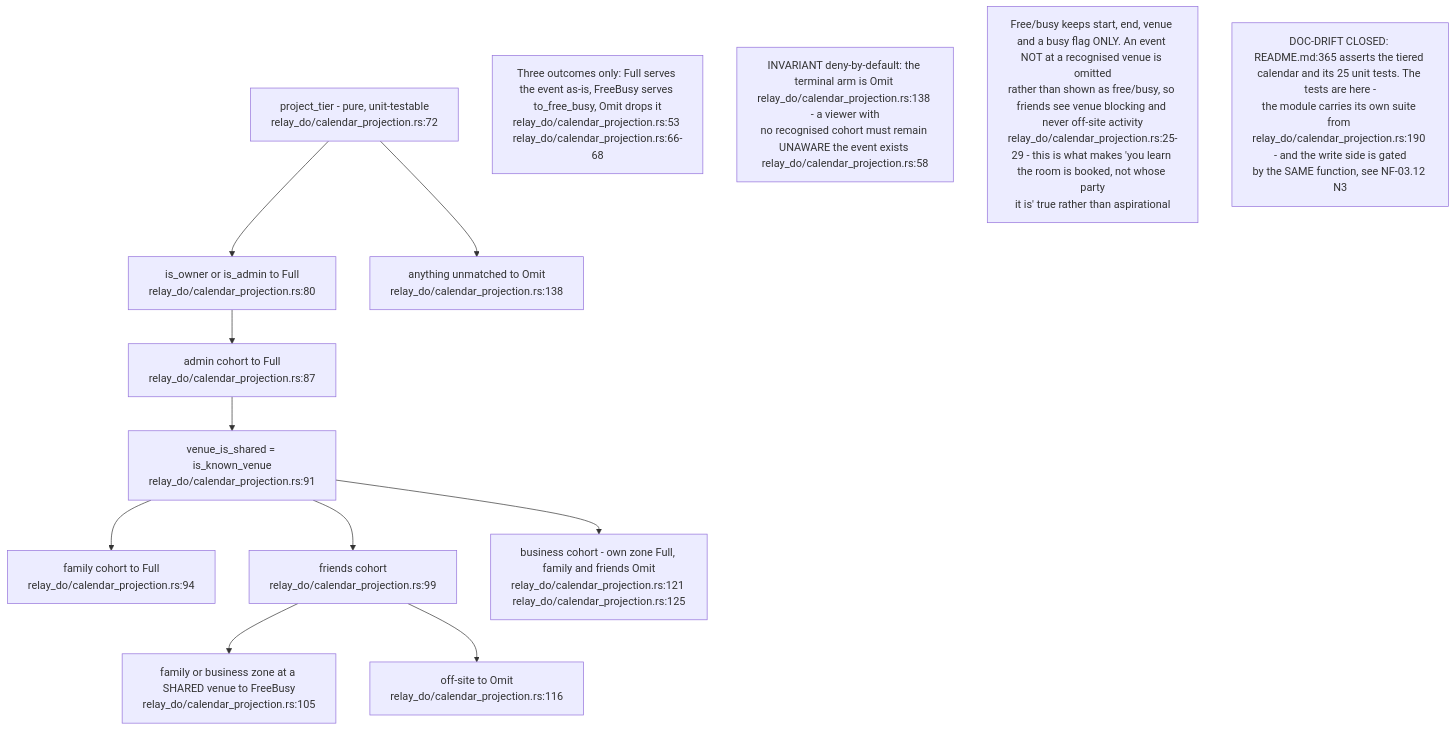
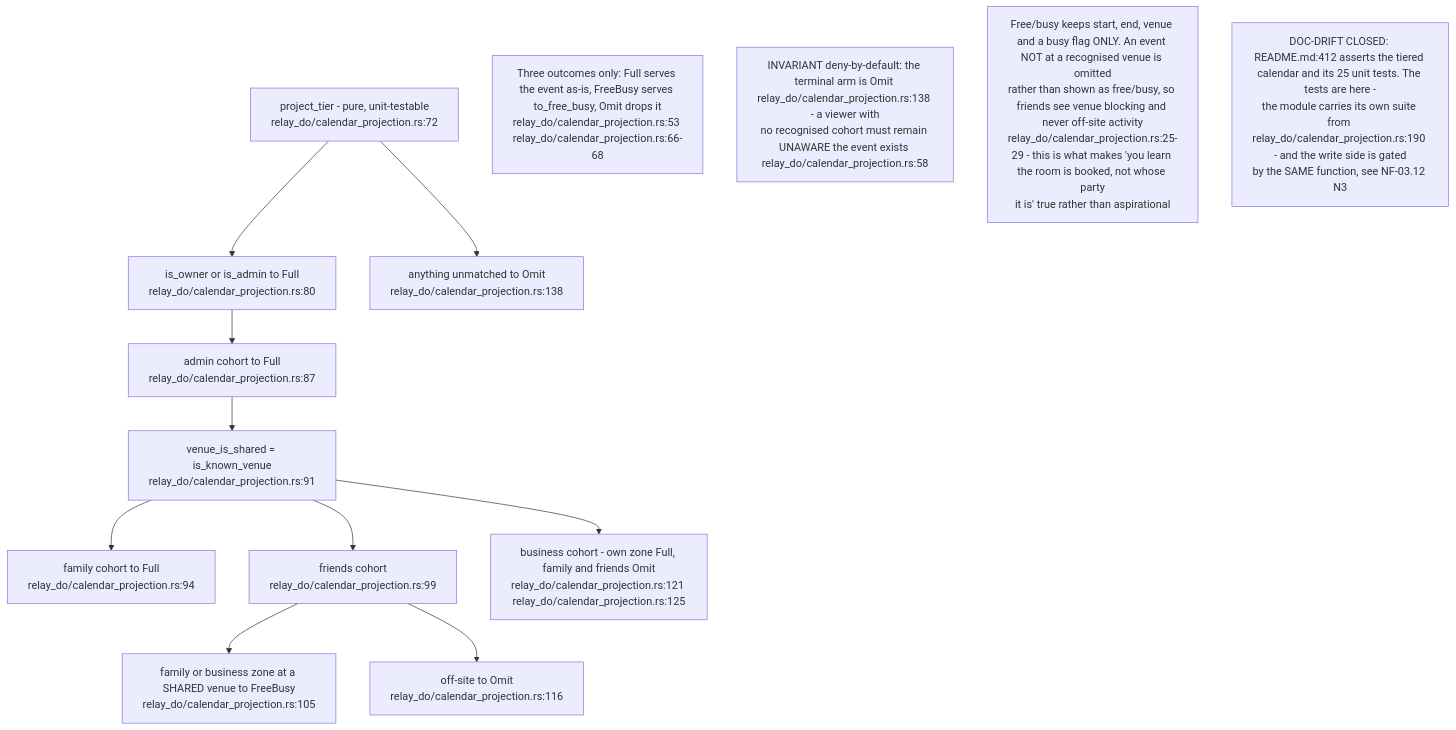
One commit to DreamLab-AI/VisionFlow changed the eighth of 15 diagrams in docs/diagrams/nostr-rust-forum/11-relay-durable-object-internals.md. Above: the diagram before and after it, drawn with Mermaid. The commit also changed other lines of this file and 11 other files, not shown here.

````diff
--- a/docs/diagrams/nostr-rust-forum/11-relay-durable-object-internals.md
+++ b/docs/diagrams/nostr-rust-forum/11-relay-durable-object-internals.md
@@ -224,23 +226,23 @@
 ```mermaid
 flowchart TB
     PT["project_tier - pure, unit-testable<br/>relay_do/calendar_projection.rs:72"]
     OWN["is_owner or is_admin to Full<br/>relay_do/calendar_projection.rs:80"]
     CADM["admin cohort to Full<br/>relay_do/calendar_projection.rs:87"]
     VEN["venue_is_shared = is_known_venue<br/>relay_do/calendar_projection.rs:91"]
     FAM["family cohort to Full<br/>relay_do/calendar_projection.rs:94"]
     FRI["friends cohort<br/>relay_do/calendar_projection.rs:99"]
     FRIV["family or business zone at a SHARED venue to FreeBusy<br/>relay_do/calendar_projection.rs:105"]
     FRIO["off-site to Omit<br/>relay_do/calendar_projection.rs:116"]
     BUS["business cohort - own zone Full, family and friends Omit<br/>relay_do/calendar_projection.rs:121 relay_do/calendar_projection.rs:125"]
     DEF["anything unmatched to Omit<br/>relay_do/calendar_projection.rs:138"]
 
     PT --> OWN --> CADM --> VEN
     VEN --> FAM & FRI & BUS
     FRI --> FRIV & FRIO
     PT --> DEF
 
     N1["Three outcomes only: Full serves the event as-is, FreeBusy serves to_free_busy, Omit drops it<br/>relay_do/calendar_projection.rs:53 relay_do/calendar_projection.rs:66-68"]
     N2["INVARIANT deny-by-default: the terminal arm is Omit relay_do/calendar_projection.rs:138 - a viewer with<br/>no recognised cohort must remain UNAWARE the event exists relay_do/calendar_projection.rs:58"]
     N3["Free/busy keeps start, end, venue and a busy flag ONLY. An event NOT at a recognised venue is omitted<br/>rather than shown as free/busy, so friends see venue blocking and never off-site activity<br/>relay_do/calendar_projection.rs:25-29 - this is what makes 'you learn the room is booked, not whose party<br/>it is' true rather than aspirational"]
-    N4["DOC-DRIFT CLOSED: README.md:365 asserts the tiered calendar and its 25 unit tests. The tests are here -<br/>the module carries its own suite from relay_do/calendar_projection.rs:190 - and the write side is gated<br/>by the SAME function, see NF-03.12 N3"]
+    N4["DOC-DRIFT CLOSED: README.md:412 asserts the tiered calendar and its 25 unit tests. The tests are here -<br/>the module carries its own suite from relay_do/calendar_projection.rs:190 - and the write side is gated<br/>by the SAME function, see NF-03.12 N3"]
 ```
````
